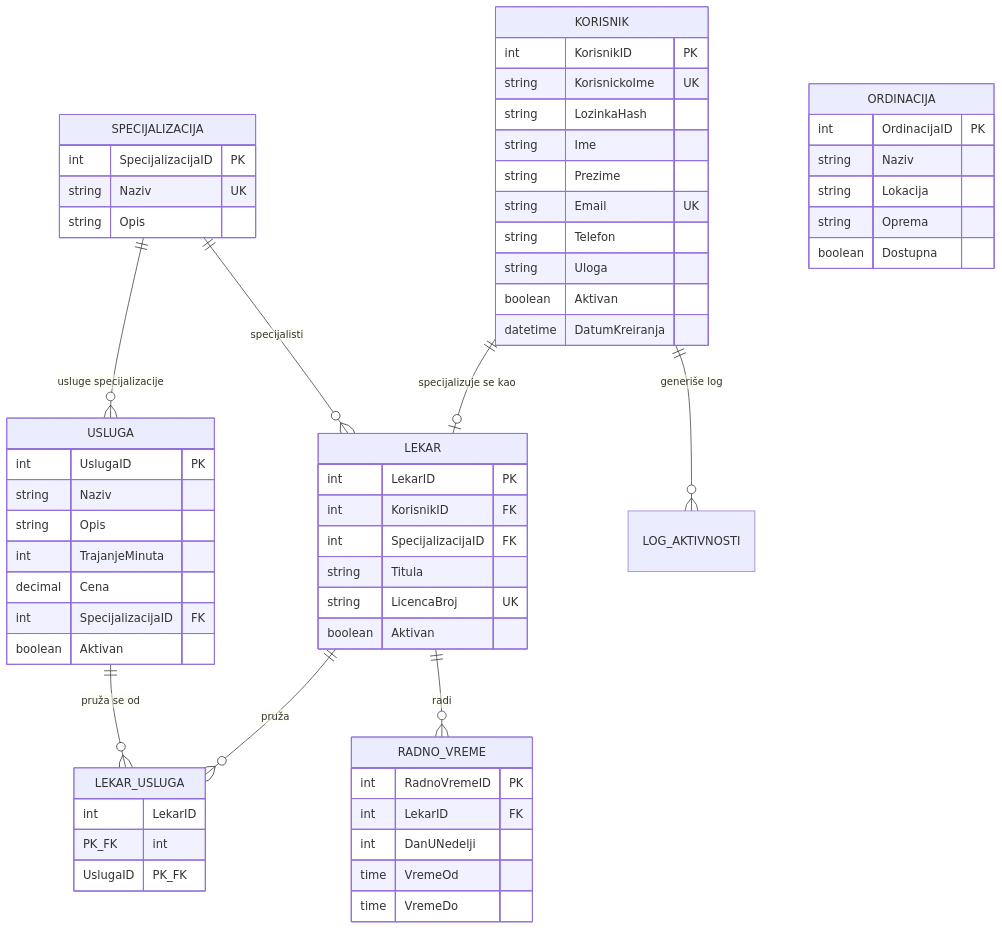
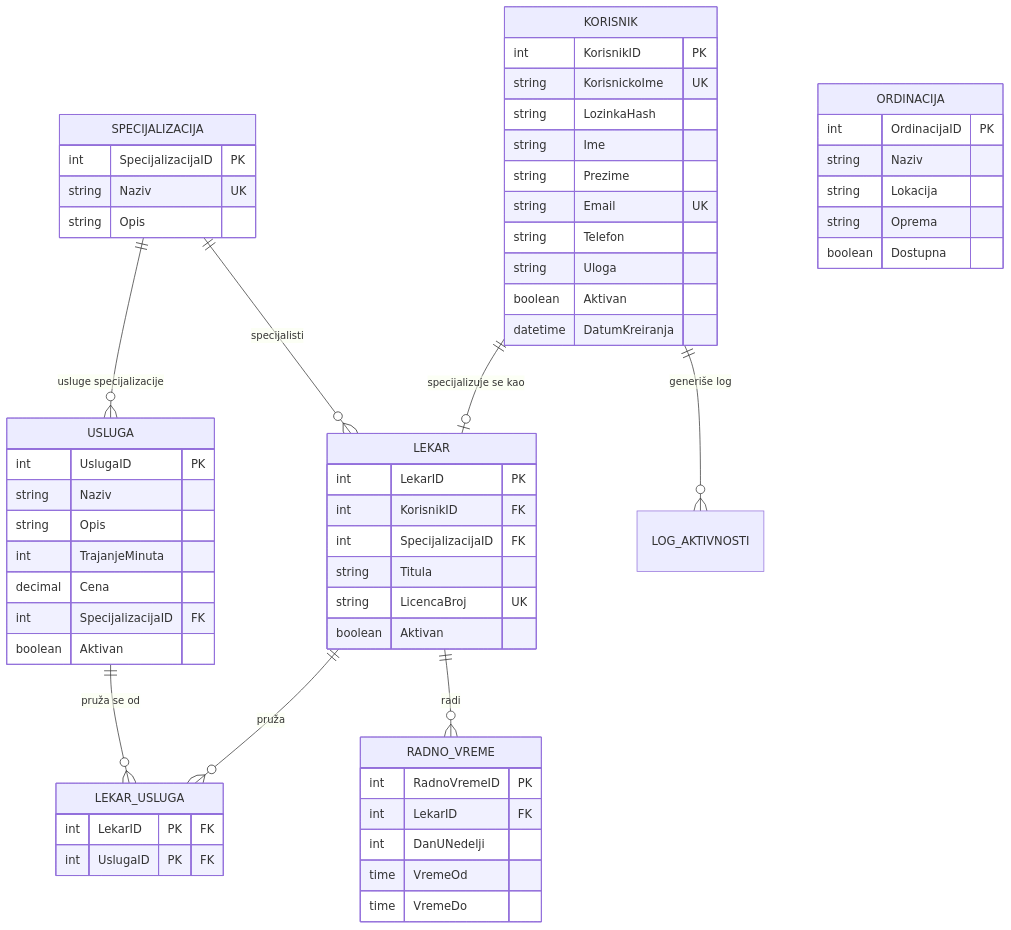
Before and after one commit to W1nt3rR/informacioni-sistem-privatne-klinike: diagram 28 of 34 in docs/sistem-analiza.md, drawn with Mermaid. The commit also changed other lines of this file, not shown here.

Commit message:
Fix display of compound keyes since they are not supported in mermaid

````diff
--- a/docs/sistem-analiza.md
+++ b/docs/sistem-analiza.md
@@ -1279,69 +1279,69 @@
 ```mermaid
 erDiagram
     KORISNIK {
         int KorisnikID PK
         string KorisnickoIme UK
         string LozinkaHash
         string Ime
         string Prezime
         string Email UK
         string Telefon
         string Uloga
         boolean Aktivan
         datetime DatumKreiranja
     }
 
     LEKAR {
         int LekarID PK
         int KorisnikID FK
         int SpecijalizacijaID FK
         string Titula
         string LicencaBroj UK
         boolean Aktivan
     }
 
     SPECIJALIZACIJA {
         int SpecijalizacijaID PK
         string Naziv UK
         string Opis
     }
 
     USLUGA {
         int UslugaID PK
         string Naziv
         string Opis
         int TrajanjeMinuta
         decimal Cena
         int SpecijalizacijaID FK
         boolean Aktivan
     }
 
     LEKAR_USLUGA {
-        int LekarID PK_FK
-        int UslugaID PK_FK
+        int LekarID PK "FK"
+        int UslugaID PK "FK"
     }
 
     ORDINACIJA {
         int OrdinacijaID PK
         string Naziv
         string Lokacija
         string Oprema
         boolean Dostupna
     }
 
     RADNO_VREME {
         int RadnoVremeID PK
         int LekarID FK
         int DanUNedelji
         time VremeOd
         time VremeDo
     }
 
     KORISNIK ||--o| LEKAR : "specijalizuje se kao"
     SPECIJALIZACIJA ||--o{ LEKAR : "specijalisti"
     SPECIJALIZACIJA ||--o{ USLUGA : "usluge specijalizacije"
     LEKAR ||--o{ LEKAR_USLUGA : "pruža"
     USLUGA ||--o{ LEKAR_USLUGA : "pruža se od"
     LEKAR ||--o{ RADNO_VREME : "radi"
     KORISNIK ||--o{ LOG_AKTIVNOSTI : "generiše log"
 ```
````
